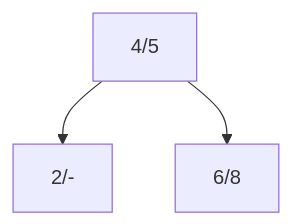
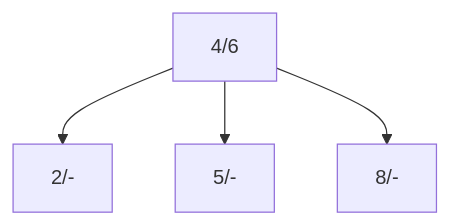
Before and after one commit to chdonncha/Advanced-Databases: the fourth of 8 diagrams in Lab3/Lab3_B-Tree_Exercise.md, drawn with Mermaid. The commit also changed other lines of this file and 1 other file, not shown here.

````diff
--- a/Lab3/Lab3_B-Tree_Exercise.md
+++ b/Lab3/Lab3_B-Tree_Exercise.md
@@ -29,5 +30,6 @@
 ```{mermaid}
   graph TD
-    4/5 --> 2/-
-    4/5 --> 6/8
+    4/6 --> 2/-
+    4/6 --> 5/-
+    4/6 --> 8/-
 ```
````
